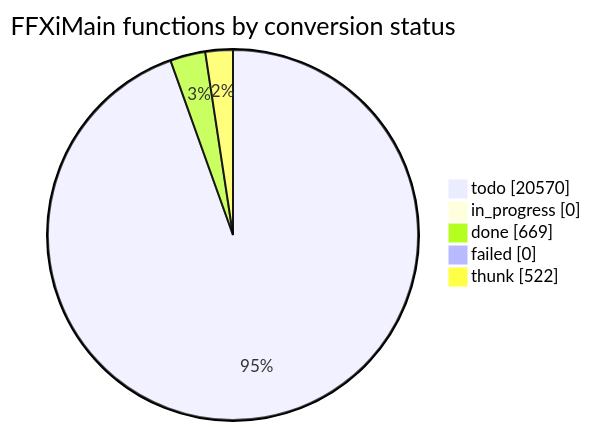
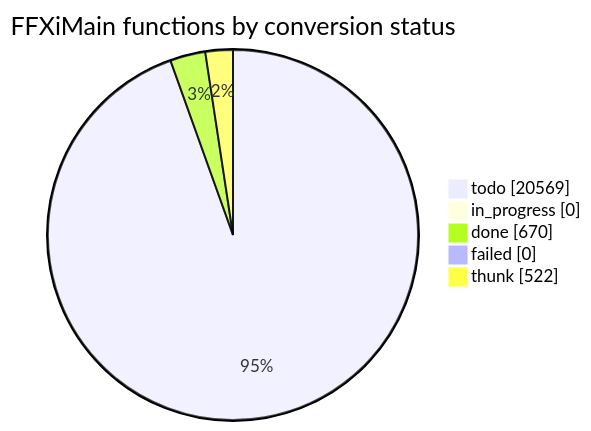
One commit to cowrevenge/cow_kuluu_xi_anything changed the diagram in docs/cow/STATUS.md. Above: the diagram before and after it, drawn with Mermaid. The commit also changed other lines of this file and 9 other files, not shown here.

````diff
--- a/docs/cow/STATUS.md
+++ b/docs/cow/STATUS.md
@@ -18,9 +18,9 @@
 ```mermaid
 pie showData
     title FFXiMain functions by conversion status
-    "todo" : 20570
+    "todo" : 20569
     "in_progress" : 0
-    "done" : 669
+    "done" : 670
     "failed" : 0
     "thunk" : 522
 ```
````
